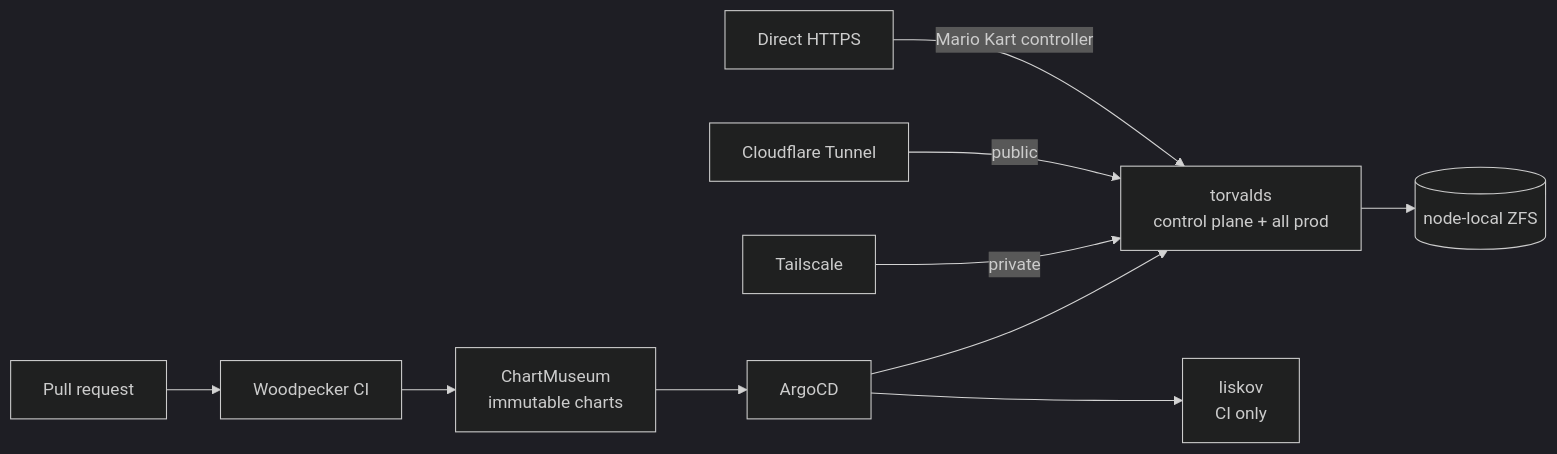
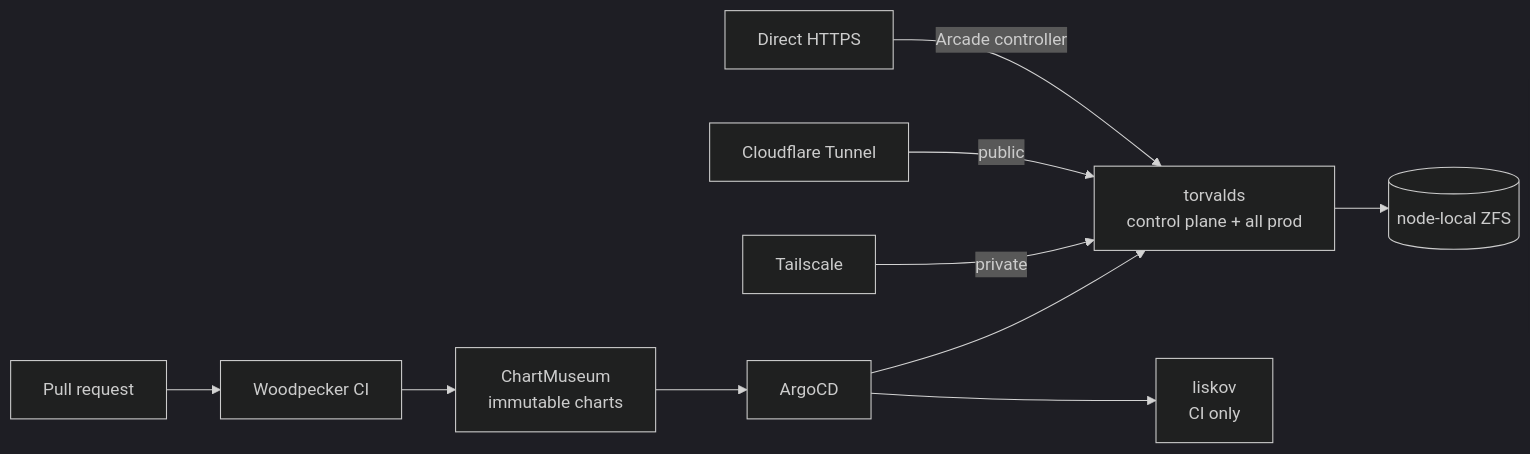
Before and after one commit to shepherdjerred/monorepo: the diagram in packages/docs/wiki/src/content/docs/explanation/homelab/overview.md, drawn with Mermaid (dark theme). The commit also changed other lines of this file and 80 other files, not shown here.

First line of the commit message:
refactor(homelab): remove the retired Pokemon and Mario Kart deploys (#4198)

````diff
--- a/packages/docs/wiki/src/content/docs/explanation/homelab/overview.md
+++ b/packages/docs/wiki/src/content/docs/explanation/homelab/overview.md
@@ -12,15 +12,15 @@
 ```mermaid
 flowchart LR
   accTitle: Homelab topology
-  accDescr: A pull request builds cdk8s manifests into immutable Helm charts published to ChartMuseum. ArgoCD syncs them onto a two-node Talos cluster. Torvalds is the control plane and runs all production workloads on node-local ZFS volumes. Liskov is a CI-only worker running Woodpecker step pods. Tailscale provides private ingress and Cloudflare Tunnel provides public ingress. Mario Kart also supports direct HTTPS through the home router and Caddy.
+  accDescr: A pull request builds cdk8s manifests into immutable Helm charts published to ChartMuseum. ArgoCD syncs them onto a two-node Talos cluster. Torvalds is the control plane and runs all production workloads on node-local ZFS volumes. Liskov is a CI-only worker running Woodpecker step pods. Tailscale provides private ingress and Cloudflare Tunnel provides public ingress. Arcade also supports direct HTTPS through the home router and Caddy.
 
   PR[Pull request] --> CI[Woodpecker CI]
   CI --> CM[ChartMuseum<br/>immutable charts]
   CM --> ARGO[ArgoCD]
   ARGO --> T[torvalds<br/>control plane + all prod]
   ARGO --> L[liskov<br/>CI only]
   T --> ZFS[(node-local ZFS)]
   TS[Tailscale] -->|private| T
   CF[Cloudflare Tunnel] -->|public| T
-  DIRECT[Direct HTTPS] -->|Mario Kart controller| T
+  DIRECT[Direct HTTPS] -->|Arcade controller| T
 ```
````
